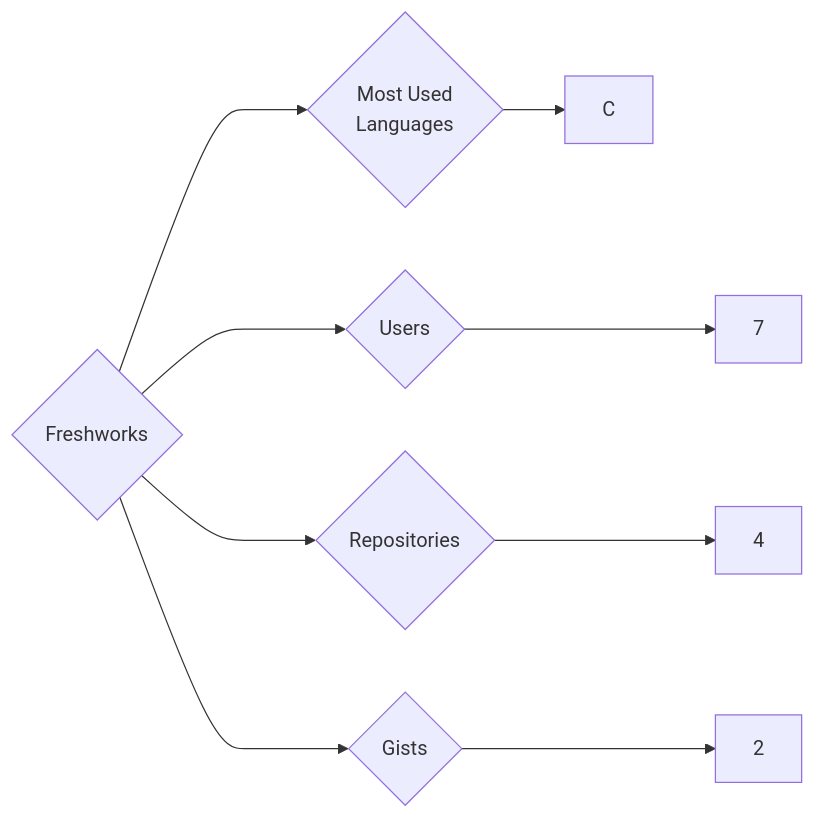
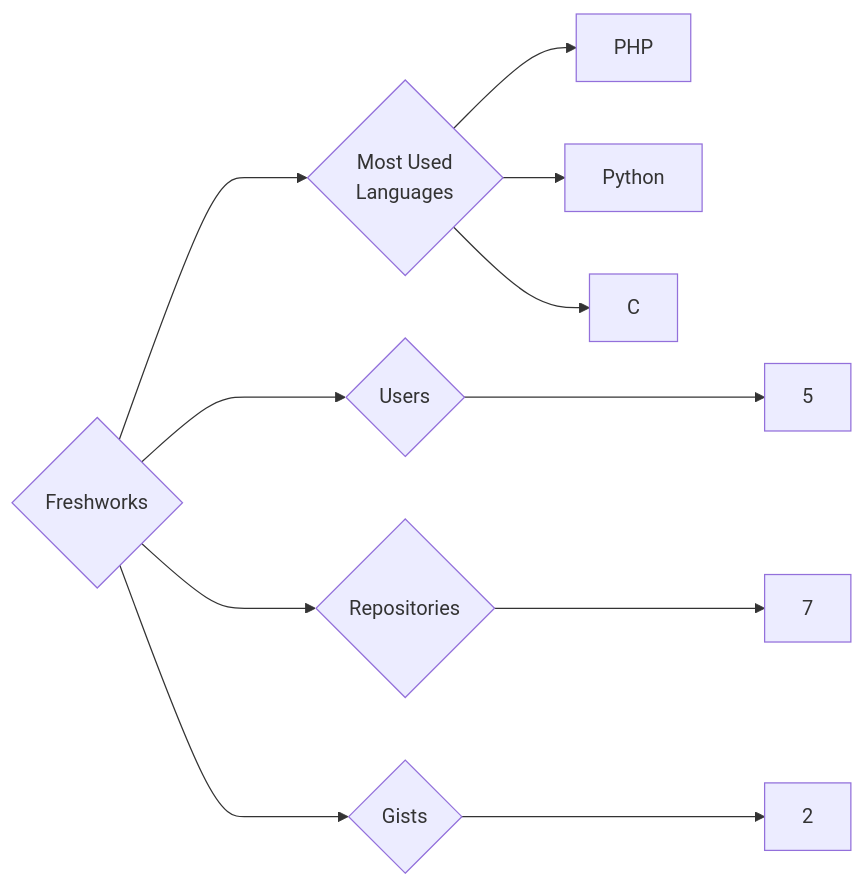
Before and after one commit to trickest/insiders: the diagram in targets/Freshworks/README.md, drawn with Mermaid. The commit also changed 1123 other files, not shown here.

````diff
--- a/targets/Freshworks/README.md
+++ b/targets/Freshworks/README.md
@@ -3,9 +3,11 @@
 ```mermaid
 graph LR
 COMPANY_NAME{Freshworks}
-COMPANY_NAME ---> U{Users} ---> UN[7]
-COMPANY_NAME ---> R{Repositories} ---> RN[4]
+COMPANY_NAME ---> U{Users} ---> UN[5]
+COMPANY_NAME ---> R{Repositories} ---> RN[7]
 COMPANY_NAME ---> G{Gists} ---> GN[2]
 COMPANY_NAME ---> ML{Most Used<br>Languages}
+ML --> PHP[PHP]
+ML --> Python[Python]
 ML --> C[C]
 ```
````
